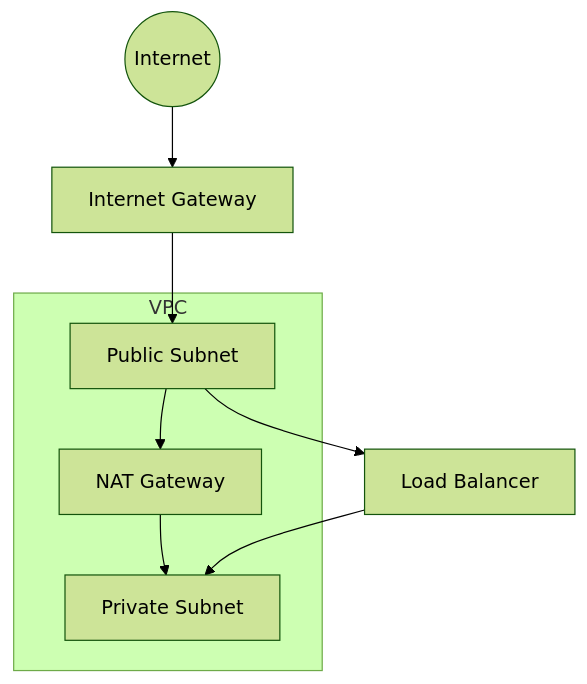
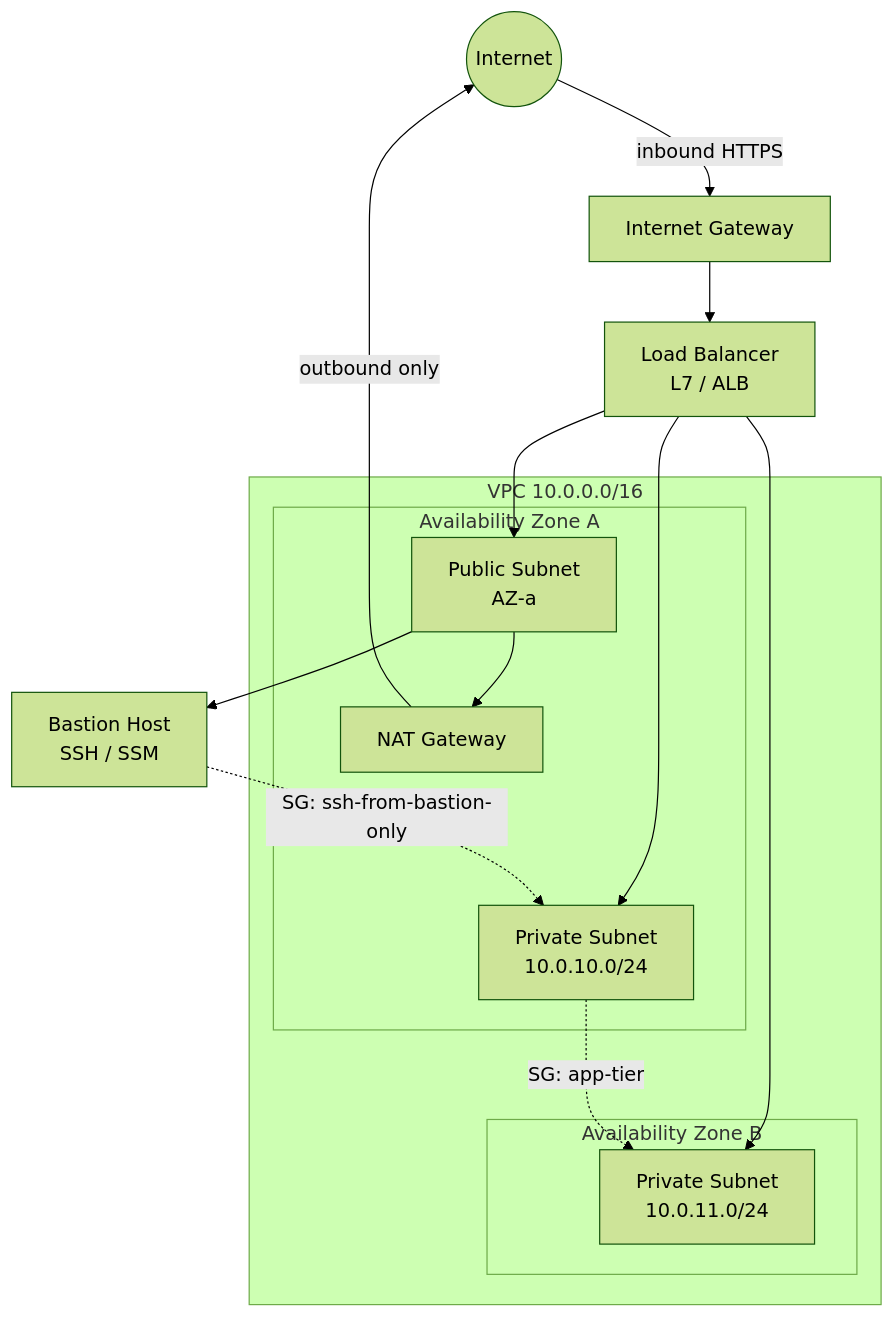
Before and after one commit to vukasin0107/devops-app: the diagram in docs/01-foundations/03-networking.md, drawn with Mermaid (forest theme). The commit also changed other lines of this file, not shown here.

````diff
--- a/docs/01-foundations/03-networking.md
+++ b/docs/01-foundations/03-networking.md
@@ -15,14 +18,25 @@
 ```mermaid
 flowchart TB
-    Internet((Internet)) --> IGW[Internet Gateway]
-    IGW --> PubSubnet[Public Subnet]
+    Internet((Internet)) -->|inbound HTTPS| IGW[Internet Gateway]
+    IGW --> LB[Load Balancer<br/>L7 / ALB]
+    LB --> PubSubnet[Public Subnet<br/>AZ-a]
+    PubSubnet --> Bastion[Bastion Host<br/>SSH / SSM]
     PubSubnet --> NAT[NAT Gateway]
-    NAT --> PrivSubnet[Private Subnet]
-    PubSubnet --> LB[Load Balancer]
-    LB --> PrivSubnet
-    subgraph VPC
-        PubSubnet
-        PrivSubnet
-        NAT
+
+    subgraph VPC[VPC 10.0.0.0/16]
+        subgraph AZa[Availability Zone A]
+            PubSubnet
+            NAT
+            PrivSubnetA[Private Subnet<br/>10.0.10.0/24]
+        end
+        subgraph AZb[Availability Zone B]
+            PrivSubnetB[Private Subnet<br/>10.0.11.0/24]
+        end
     end
+
+    LB --> PrivSubnetA
+    LB --> PrivSubnetB
+    NAT -->|outbound only| Internet
+    PrivSubnetA -.->|SG: app-tier| PrivSubnetB
+    Bastion -.->|SG: ssh-from-bastion-only| PrivSubnetA
 ```
````
